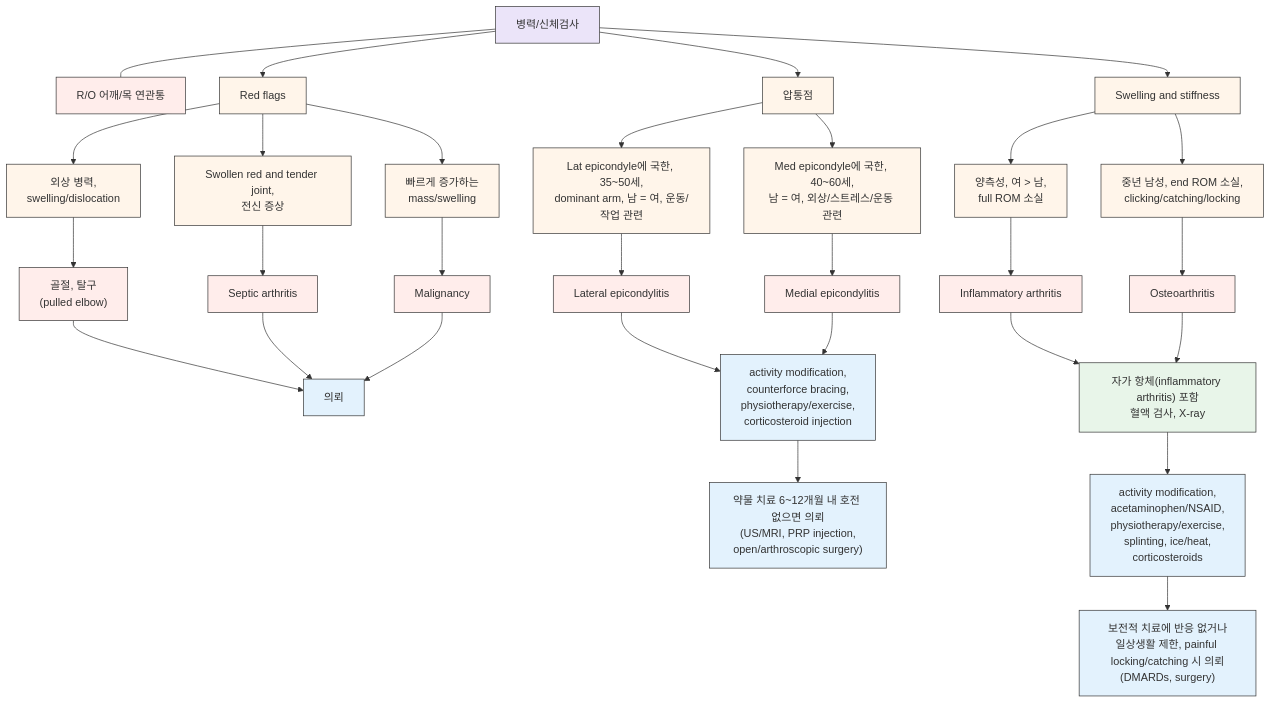
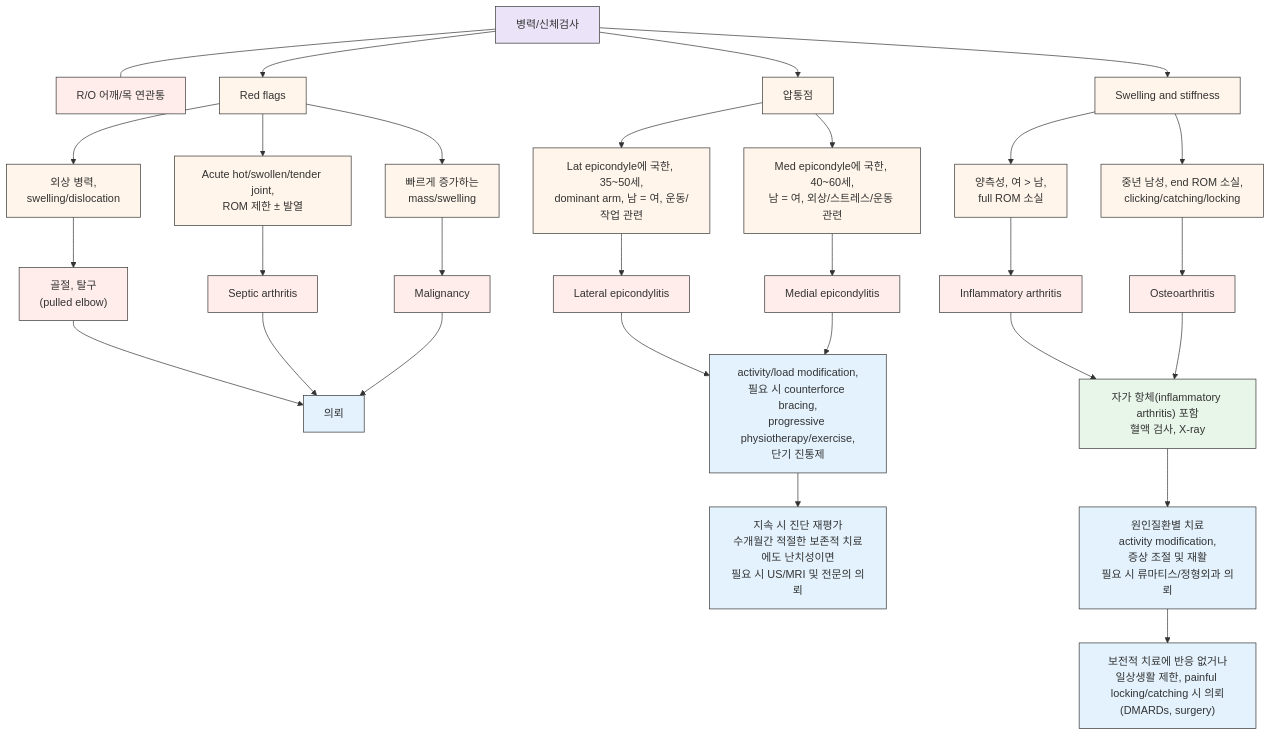
Before and after one commit to familyoh77/familyoh77: the diagram in 228_/140_-elbow-pain.md, drawn with Mermaid. The commit also changed other lines of this file, not shown here.

````diff
--- a/228_/140_-elbow-pain.md
+++ b/228_/140_-elbow-pain.md
@@ -148,77 +111,77 @@
 ```mermaid
 graph TD
     A["병력/신체검사"]
     B["R/O 어깨/목 연관통"]
 
     A --- B
 
     A --> C["Red flags"]
     A --> D["압통점"]
     A --> E["Swelling and stiffness"]
 
     %% Red flags branch
     C --> C1["외상 병력,<br/>swelling/dislocation"]
-    C --> C2["Swollen red and tender joint,<br/>전신 증상"]
+    C --> C2["Acute hot/swollen/tender joint,<br/>ROM 제한 ± 발열"]
     C --> C3["빠르게 증가하는<br/>mass/swelling"]
 
     C1 --> R1["골절, 탈구<br/>(pulled elbow)"]
     C2 --> R2["Septic arthritis"]
     C3 --> R3["Malignancy"]
 
     R1 --> X["의뢰"]
     R2 --> X
     R3 --> X
 
     %% 압통점 branch
     D --> D1["Lat epicondyle에 국한, 35~50세,<br/>dominant arm, 남 = 여, 운동/작업 관련"]
     D --> D2["Med epicondyle에 국한, 40~60세,<br/>남 = 여, 외상/스트레스/운동 관련"]
 
     D1 --> R4["Lateral epicondylitis"]
     D2 --> R5["Medial epicondylitis"]
 
-    R4 --> T1["activity modification,<br/>counterforce bracing,<br/>physiotherapy/exercise,<br/>corticosteroid injection"]
+    R4 --> T1["activity/load modification,<br/>필요 시 counterforce bracing,<br/>progressive physiotherapy/exercise,<br/>단기 진통제"]
     R5 --> T1
 
-    T1 --> T2["약물 치료 6~12개월 내 호전 없으면 의뢰<br/>(US/MRI, PRP injection,<br/>open/arthroscopic surgery)"]
+    T1 --> T2["지속 시 진단 재평가<br/>수개월간 적절한 보존적 치료에도 난치성이면<br/>필요 시 US/MRI 및 전문의 의뢰"]
 
     %% Swelling and stiffness branch
-    E --> E1["양측성, 여 &gt; 남,<br/>full ROM 소실"]
+    E --> E1["양측성, 여 > 남,<br/>full ROM 소실"]
     E --> E2["중년 남성, end ROM 소실,<br/>clicking/catching/locking"]
 
     E1 --> R6["Inflammatory arthritis"]
     E2 --> R7["Osteoarthritis"]
 
     R6 --> T3["자가 항체(inflammatory arthritis) 포함<br/>혈액 검사, X-ray"]
     R7 --> T3
 
-    T3 --> T4["activity modification,<br/>acetaminophen/NSAID,<br/>physiotherapy/exercise,<br/>splinting, ice/heat,<br/>corticosteroids"]
+    T3 --> T4["원인질환별 치료<br/>activity modification,<br/>증상 조절 및 재활<br/>필요 시 류마티스/정형외과 의뢰"]
 
     T4 --> T5["보전적 치료에 반응 없거나<br/>일상생활 제한, painful locking/catching 시 의뢰<br/>(DMARDs, surgery)"]
 
     %% Direct Styling for Maximum Compatibility
     style A fill:#EBE4F9,stroke:#333,stroke-width:1px
     style B fill:#FFEDEB,stroke:#333,stroke-width:1px
     style C fill:#FFF5EA,stroke:#333,stroke-width:1px
     style D fill:#FFF5EA,stroke:#333,stroke-width:1px
     style E fill:#FFF5EA,stroke:#333,stroke-width:1px
     style C1 fill:#FFF5EA,stroke:#333,stroke-width:1px
     style C2 fill:#FFF5EA,stroke:#333,stroke-width:1px
     style C3 fill:#FFF5EA,stroke:#333,stroke-width:1px
     style D1 fill:#FFF5EA,stroke:#333,stroke-width:1px
     style D2 fill:#FFF5EA,stroke:#333,stroke-width:1px
     style E1 fill:#FFF5EA,stroke:#333,stroke-width:1px
     style E2 fill:#FFF5EA,stroke:#333,stroke-width:1px
     style R1 fill:#FFEDEB,stroke:#333,stroke-width:1px
     style R2 fill:#FFEDEB,stroke:#333,stroke-width:1px
     style R3 fill:#FFEDEB,stroke:#333,stroke-width:1px
     style R4 fill:#FFEDEB,stroke:#333,stroke-width:1px
     style R5 fill:#FFEDEB,stroke:#333,stroke-width:1px
     style R6 fill:#FFEDEB,stroke:#333,stroke-width:1px
     style R7 fill:#FFEDEB,stroke:#333,stroke-width:1px
     style X fill:#E3F2FD,stroke:#333,stroke-width:1px
     style T1 fill:#E3F2FD,stroke:#333,stroke-width:1px
     style T2 fill:#E3F2FD,stroke:#333,stroke-width:1px
     style T3 fill:#E8F5E9,stroke:#333,stroke-width:1px
     style T4 fill:#E3F2FD,stroke:#333,stroke-width:1px
     style T5 fill:#E3F2FD,stroke:#333,stroke-width:1px
 ```
````
